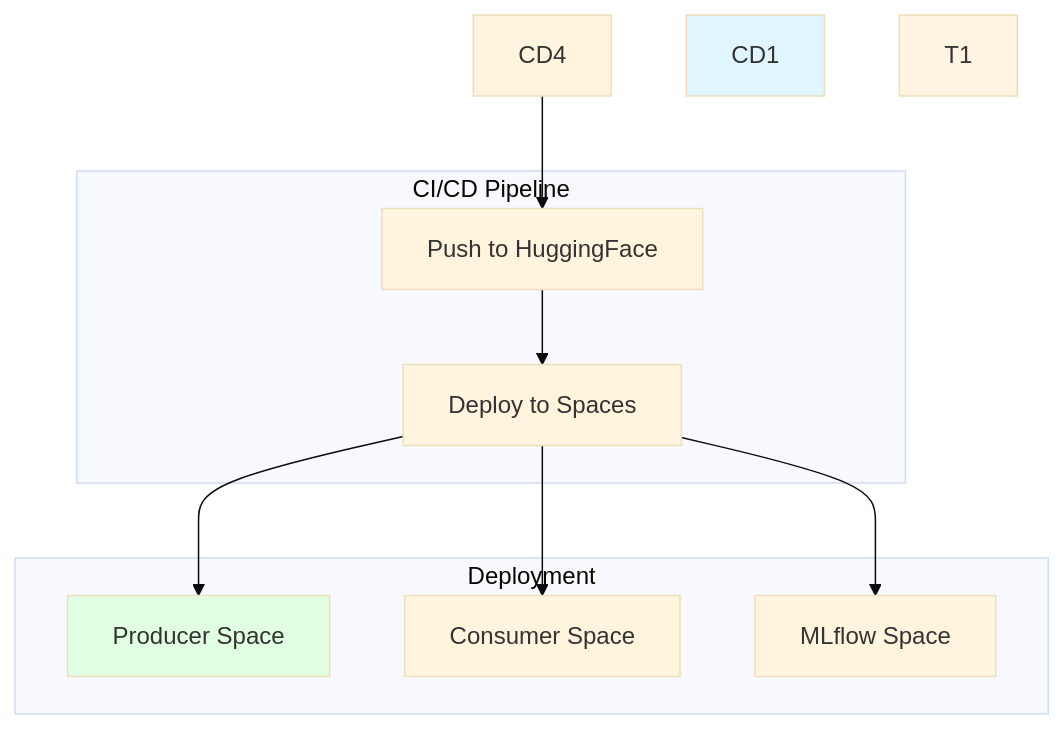
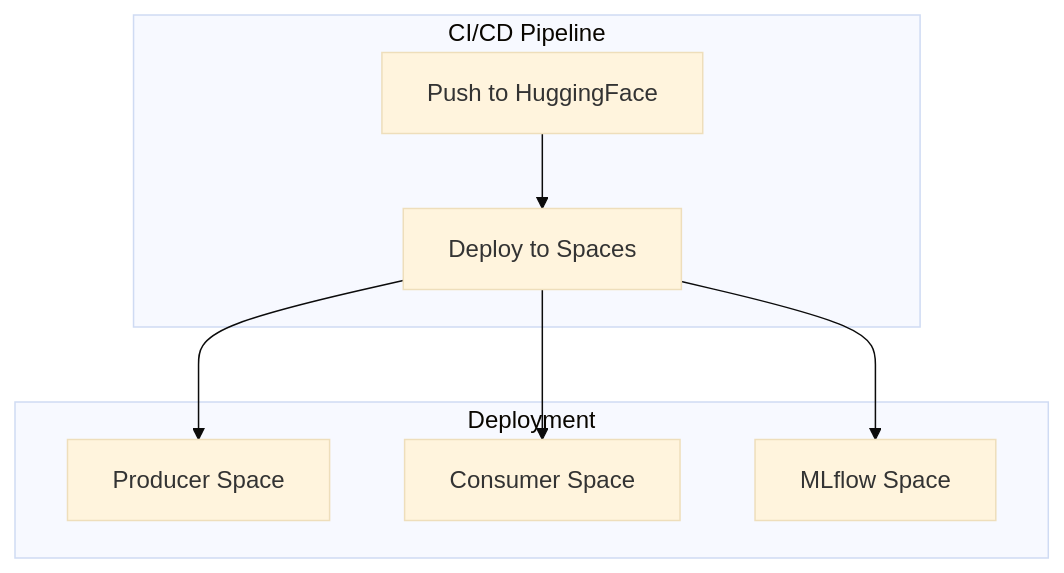
One commit to jefraudai/jefraudai changed diagram 12 of 16 in Services/docsify/docs/deployment.md. Above: the diagram before and after it, drawn with Mermaid (base theme). The commit also changed other lines of this file and 4 other files, not shown here.

Commit message:
Documentation - Remove duplicated schema

````diff
--- a/Services/docsify/docs/deployment.md
+++ b/Services/docsify/docs/deployment.md
@@ -425,23 +413,18 @@
 ```mermaid
 graph TD
     subgraph "CI/CD Pipeline"
         CD5[Push to HuggingFace]
         CD6[Deploy to Spaces]
     end
     
     subgraph "Deployment"
         D1[Producer Space]
         D2[Consumer Space]
         D3[MLflow Space]
     end
     
-    CD4 --> CD5
     CD5 --> CD6
     CD6 --> D1
     CD6 --> D2
     CD6 --> D3
-    
-    style CD1 fill:#e1f5ff
-    style T1 fill:#fff4e1
-    style D1 fill:#e1ffe1
 ```
````
